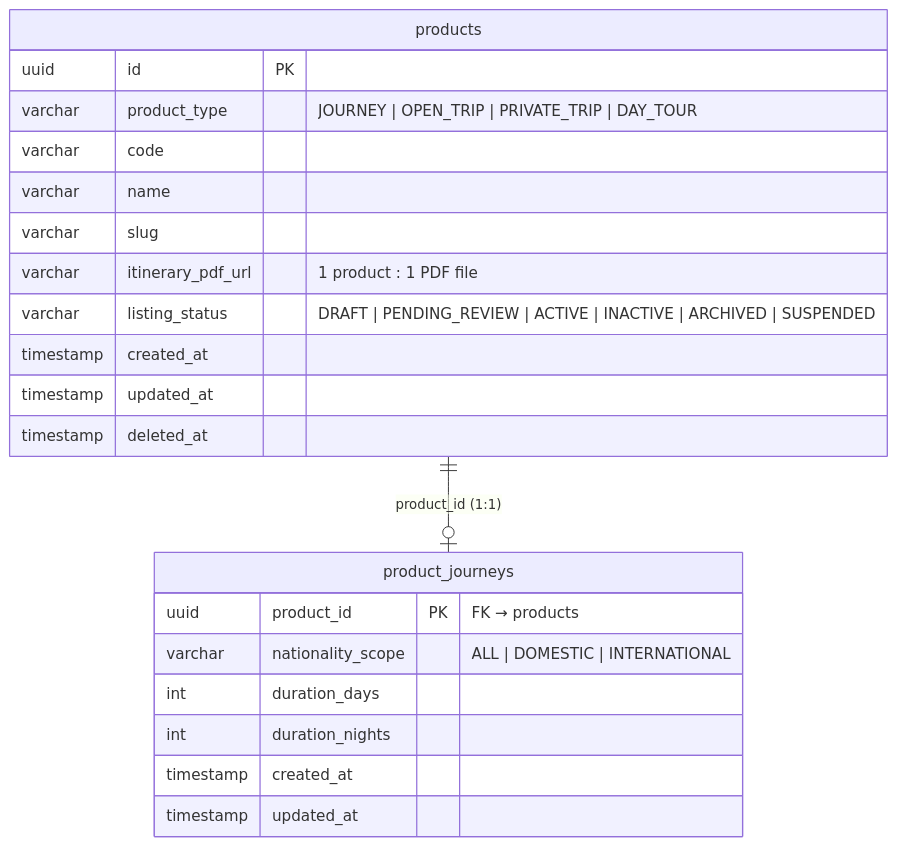
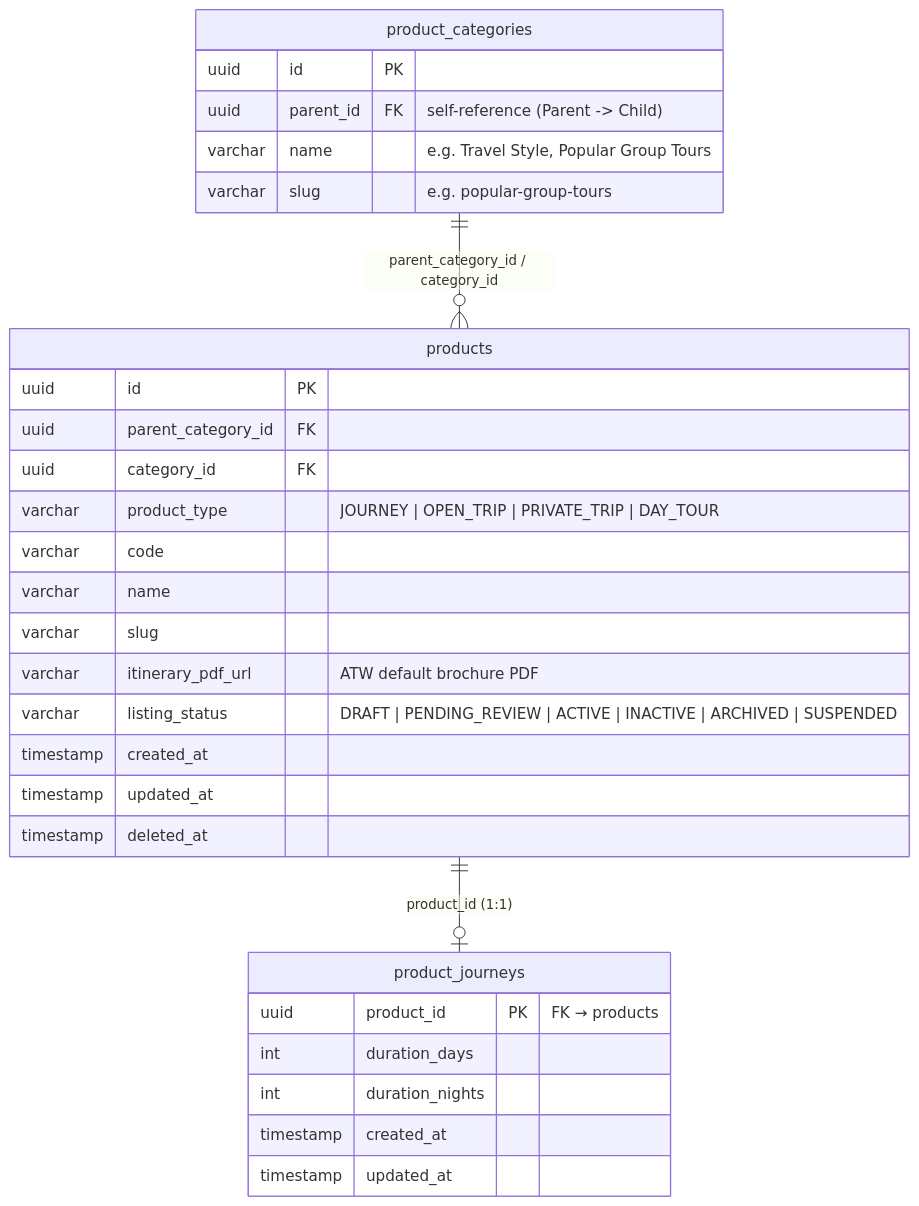
Before and after one commit to Haris-saifudin/hobiholidays-documentations: the second of 8 diagrams in technical/product-technical-design.md, drawn with Mermaid. The commit also changed other lines of this file and 7 other files, not shown here.

First line of the commit message:
docs(product): introduce 2-tier categories, variant itinerary fallback, itemized pricing, and badges

````diff
--- a/technical/product-technical-design.md
+++ b/technical/product-technical-design.md
@@ -461,26 +575,35 @@
 ```mermaid
 erDiagram
+    product_categories ||--o{ products : "parent_category_id / category_id"
+    products           ||--o| product_journeys : "product_id (1:1)"
+
+    product_categories {
+        uuid      id        PK
+        uuid      parent_id FK "self-reference (Parent -> Child)"
+        varchar   name      "e.g. Travel Style, Popular Group Tours"
+        varchar   slug      "e.g. popular-group-tours"
+    }
+
     products {
-        uuid      id                PK
-        varchar   product_type      "JOURNEY | OPEN_TRIP | PRIVATE_TRIP | DAY_TOUR"
+        uuid      id                 PK
+        uuid      parent_category_id FK
+        uuid      category_id        FK
+        varchar   product_type       "JOURNEY | OPEN_TRIP | PRIVATE_TRIP | DAY_TOUR"
         varchar   code
         varchar   name
         varchar   slug
-        varchar   itinerary_pdf_url "1 product : 1 PDF file"
-        varchar   listing_status    "DRAFT | PENDING_REVIEW | ACTIVE | INACTIVE | ARCHIVED | SUSPENDED"
+        varchar   itinerary_pdf_url  "ATW default brochure PDF"
+        varchar   listing_status     "DRAFT | PENDING_REVIEW | ACTIVE | INACTIVE | ARCHIVED | SUSPENDED"
         timestamp created_at
         timestamp updated_at
         timestamp deleted_at
     }
 
     product_journeys {
         uuid      product_id        PK "FK → products"
-        varchar   nationality_scope "ALL | DOMESTIC | INTERNATIONAL"
         int       duration_days
         int       duration_nights
         timestamp created_at
         timestamp updated_at
     }
-
-    products           ||--o| product_journeys: "product_id (1:1)"
 ```
````
